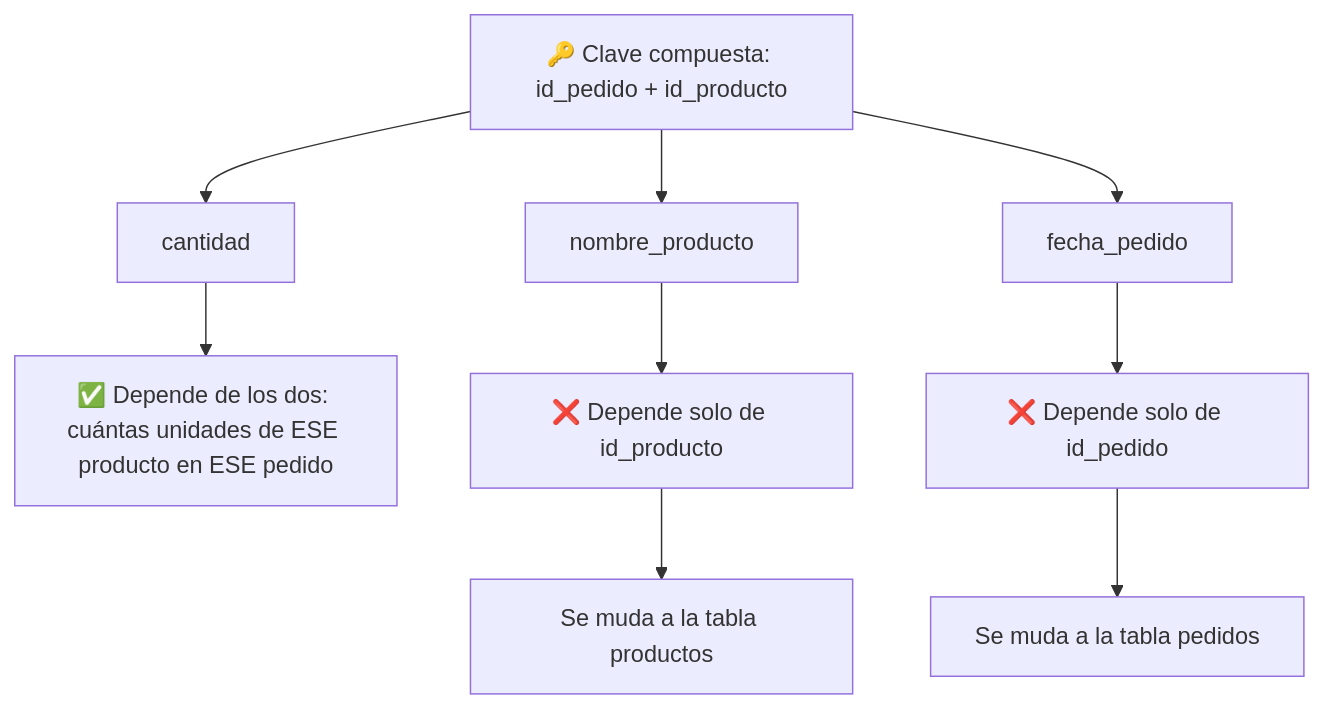
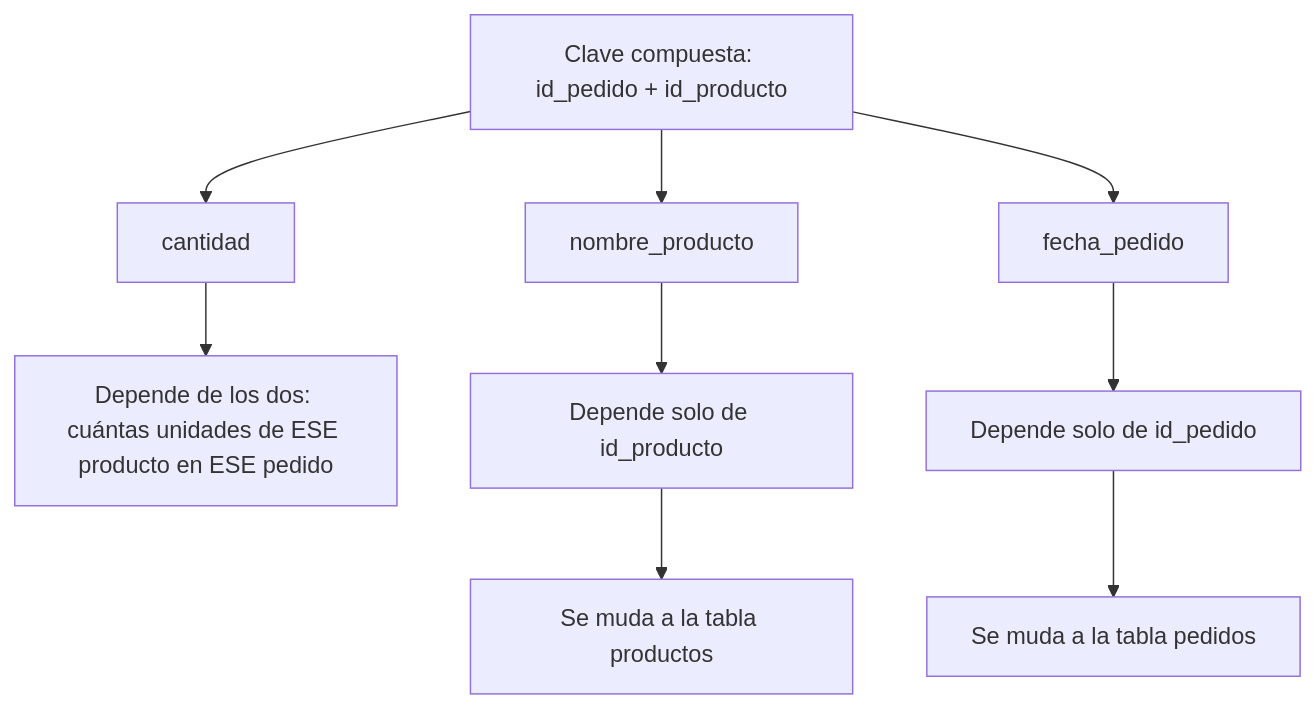
Diagram 13 of 18 in documentacion/Semana-02-Esquemas-Conceptos.md (leanaraque/data_analytics_2026), drawn with Mermaid before and after one commit. The commit also changed other lines of this file and 109 other files, not shown here.

````diff
--- a/documentacion/Semana-02-Esquemas-Conceptos.md
+++ b/documentacion/Semana-02-Esquemas-Conceptos.md
@@ -255,15 +255,15 @@
 ```mermaid
 flowchart TB
-    K["🔑 Clave compuesta: id_pedido + id_producto"]
+    K["Clave compuesta: id_pedido + id_producto"]
 
     K --> C1["cantidad"]
-    C1 --> R1["✅ Depende de los dos: cuántas unidades de ESE producto en ESE pedido"]
+    C1 --> R1["Depende de los dos: cuántas unidades de ESE producto en ESE pedido"]
 
     K --> C2["nombre_producto"]
-    C2 --> R2["❌ Depende solo de id_producto"]
+    C2 --> R2["Depende solo de id_producto"]
     R2 --> M2["Se muda a la tabla productos"]
 
     K --> C3["fecha_pedido"]
-    C3 --> R3["❌ Depende solo de id_pedido"]
+    C3 --> R3["Depende solo de id_pedido"]
     R3 --> M3["Se muda a la tabla pedidos"]
 ```
````
